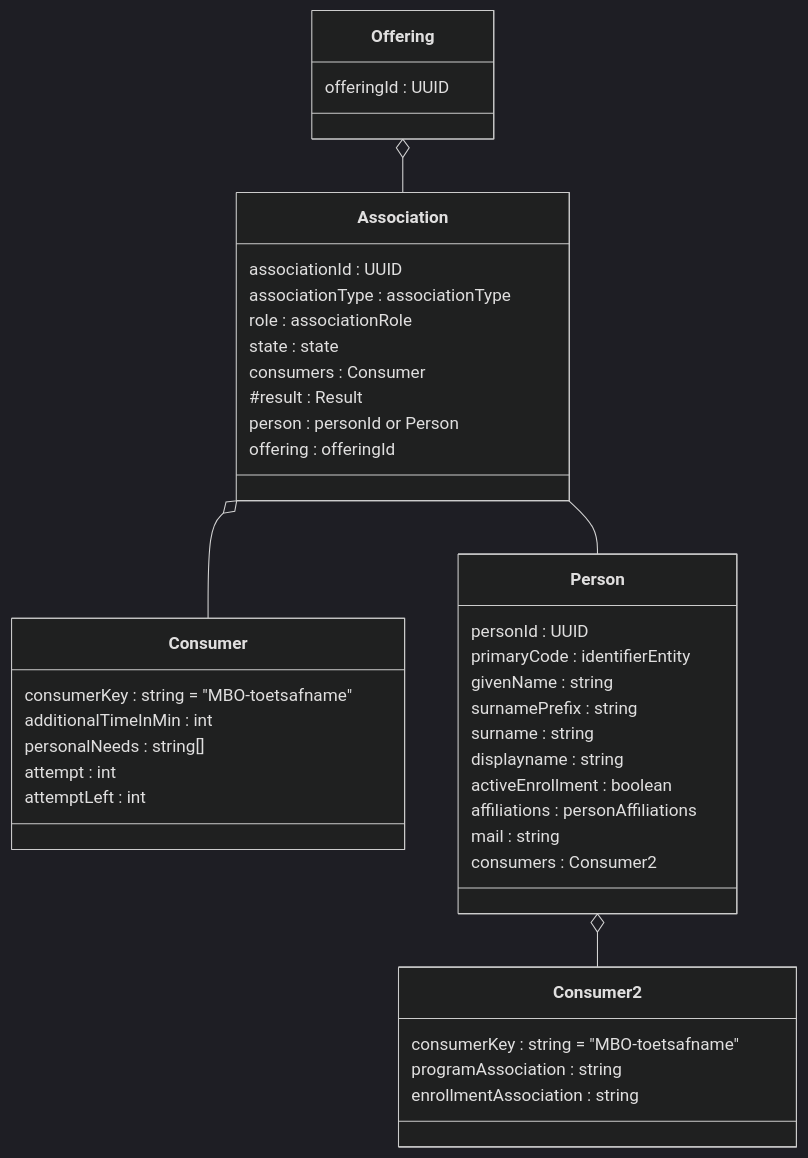
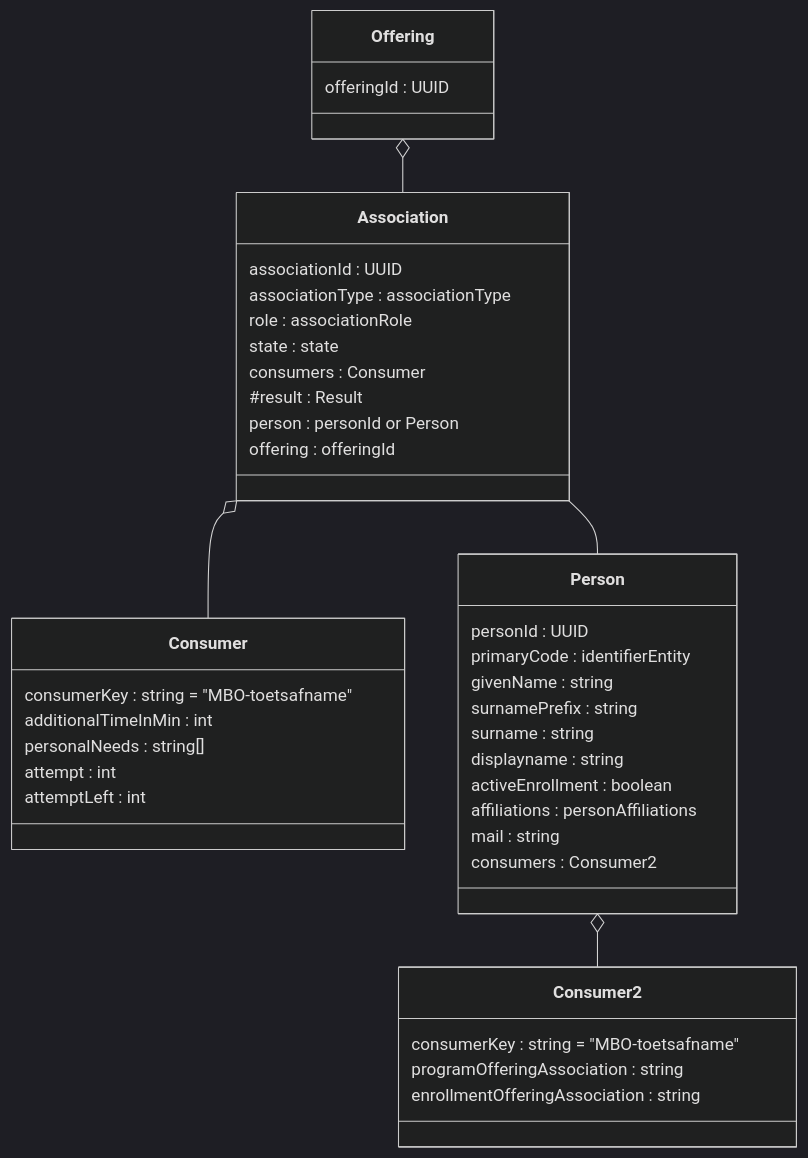
The second of 5 diagrams in doc/flow1.md (NetwerkExamineringDigitalisering/NED-OOAPI), drawn with Mermaid (dark theme) before and after one commit.

````diff
--- a/doc/flow1.md
+++ b/doc/flow1.md
@@ -90,45 +90,45 @@
 ```mermaid
 classDiagram
     class Association {
     	associationId : UUID
 	associationType : associationType
 	role : associationRole
 	state : state
 	consumers : Consumer
 #	result : Result
 	person : personId or Person
 	offering : offeringId
     }
     class Consumer {
     	consumerKey : string = "MBO-toetsafname"
 	    additionalTimeInMin : int
 	    personalNeeds : string[]
         attempt : int
         attemptLeft : int
     }
     class Person {
 	personId : UUID
 	primaryCode : identifierEntity
 	givenName : string
 	surnamePrefix : string 
 	surname : string
 	displayname : string
 	activeEnrollment : boolean 
 	affiliations : personAffiliations
 	mail : string
     	consumers : Consumer2
     }
     class Consumer2 {
     	consumerKey : string = "MBO-toetsafname"
-	    programAssociation : string
-	    enrollmentAssociation : string
+	    programOfferingAssociation : string
+	    enrollmentOfferingAssociation : string
     }
     class Offering {
        offeringId : UUID
     }
     Offering  o-- Association
     Association o-- Consumer
     Association -- Person
     Person o-- Consumer2
 
 ```
````
